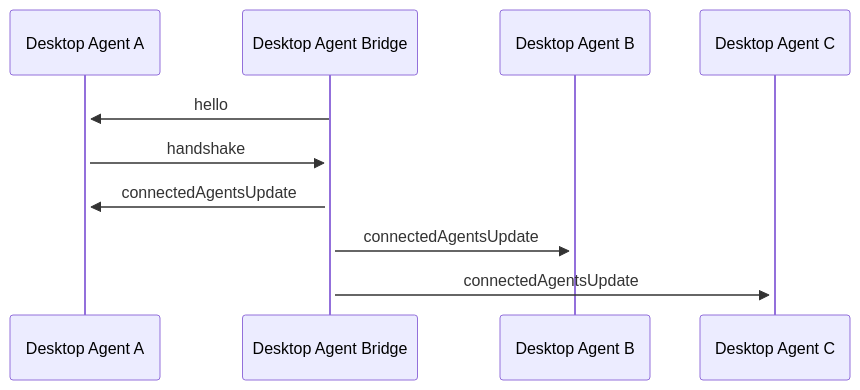
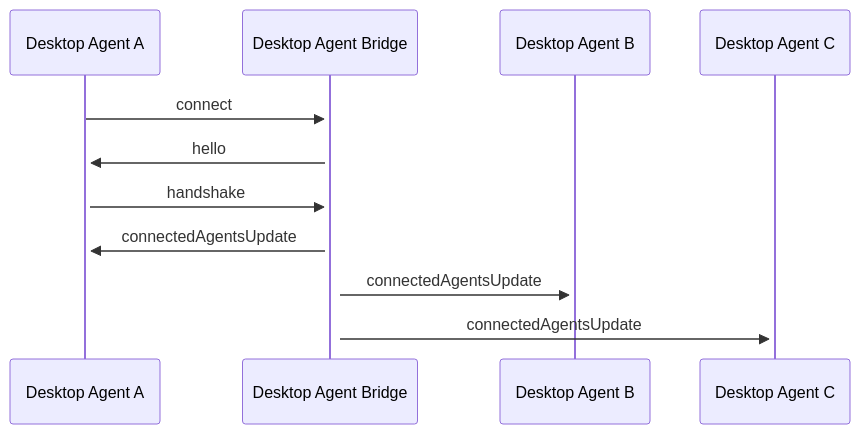
One commit to finos/FDC3 changed the second of 8 diagrams in docs/api-bridging/spec.md. Above: the diagram before and after it, drawn with Mermaid. The commit also changed other lines of this file, not shown here.

````diff
--- a/docs/api-bridging/spec.md
+++ b/docs/api-bridging/spec.md
@@ -124,13 +125,14 @@
 ```mermaid
 sequenceDiagram
     participant DA as Desktop Agent A
     participant DAB as Desktop Agent Bridge
     participant DB as Desktop Agent B
     participant DC as Desktop Agent C
+    DA ->>+ DAB: connect
     DAB ->>+ DA: hello
     DA ->>+ DAB: handshake
     DAB ->>+ DA: connectedAgentsUpdate
     DAB ->>+ DB: connectedAgentsUpdate
     DAB ->>+ DC: connectedAgentsUpdate
 
 ```
````
